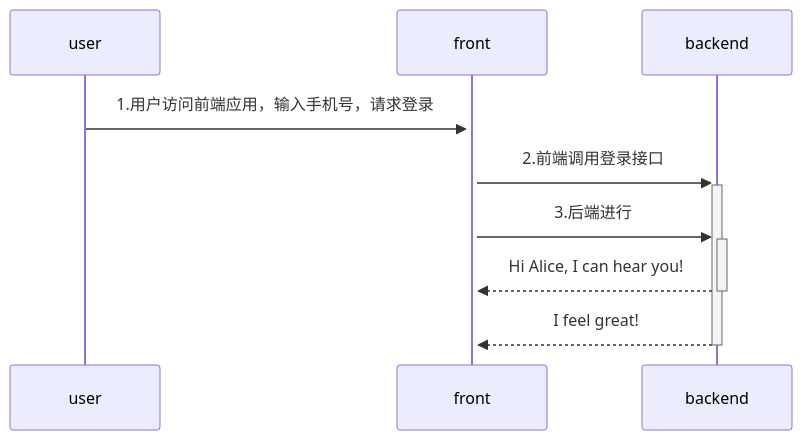
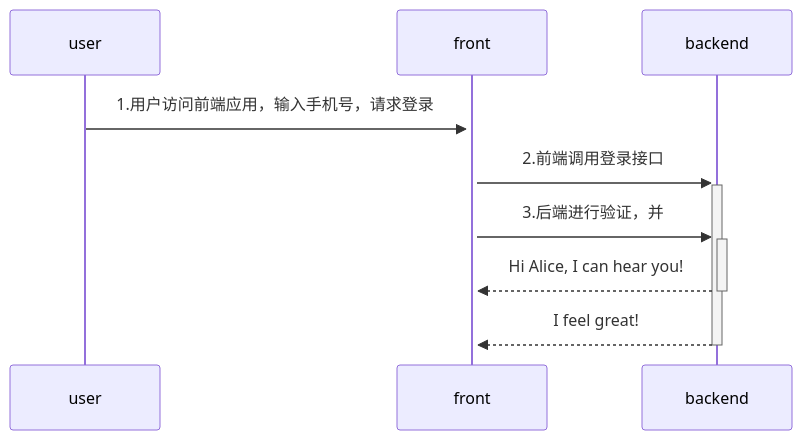
One commit to yingjianzh/iodraw-files changed the diagram in all/未命名-4.md. Above: the diagram before and after it, drawn with Mermaid.

Commit message:
2024-08-02 17:37:03 update

````diff
--- a/all/未命名-4.md
+++ b/all/未命名-4.md
@@ -1,9 +1,9 @@
 ```mermaid
 sequenceDiagram
     user->>+front: 1.用户访问前端应用，输入手机号，请求登录
     front->>+backend: 2.前端调用登录接口
-    front->>+backend: 3.后端进行
+    front->>+backend: 3.后端进行验证，并
     backend-->>-front: Hi Alice, I can hear you!
     backend-->>-front: I feel great!
             
 ```
````
